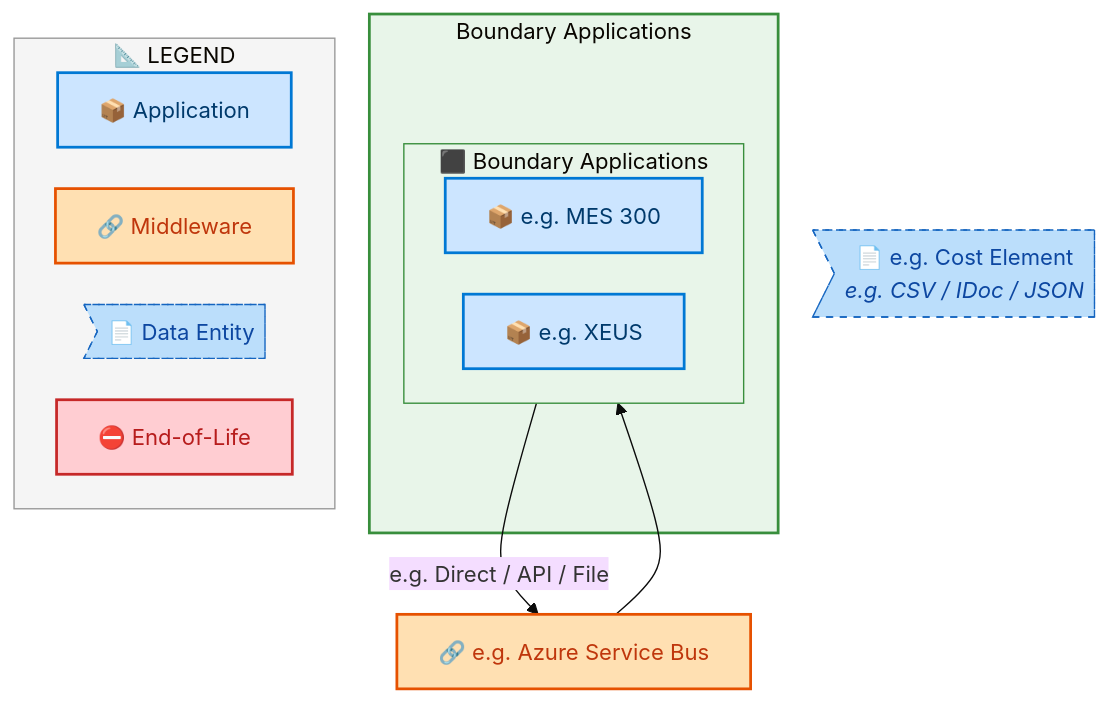
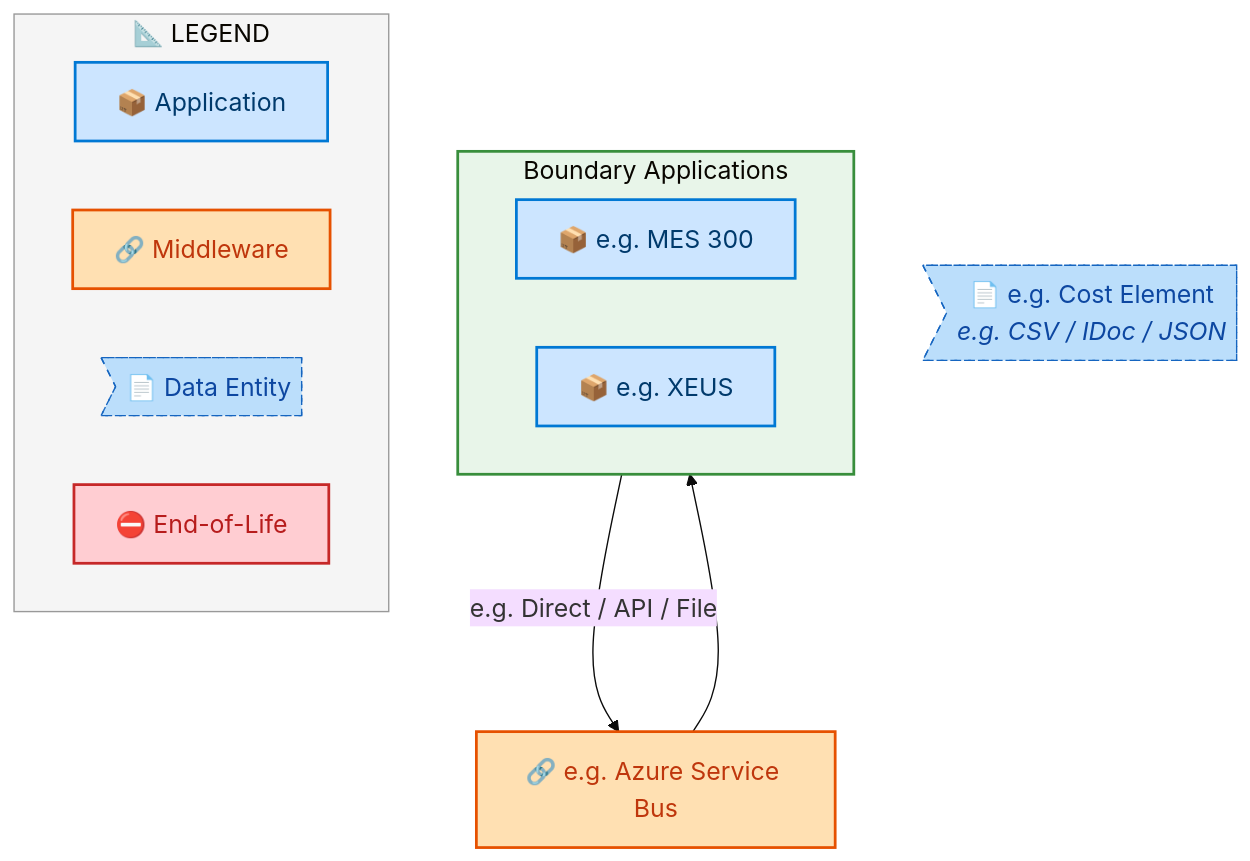
The fourth of 7 diagrams in towers/E2E/Procure to Pay/E2E-62/output/docs/systems-architecture/E2E-62-Architecture.md (sajivfrancis777/IAO-Architecture), drawn with Mermaid before and after one commit. The commit also changed other lines of this file and 251 other files, not shown here.

````diff
--- a/towers/E2E/Procure to Pay/E2E-62/output/docs/systems-architecture/E2E-62-Architecture.md
+++ b/towers/E2E/Procure to Pay/E2E-62/output/docs/systems-architecture/E2E-62-Architecture.md
@@ -388,40 +388,37 @@
 ```mermaid
-%%{init: {"theme": "base", "securityLevel": "loose", "themeVariables": {"fontSize": "16px", "fontFamily": "Segoe UI, Arial, sans-serif"}, "flowchart": {"useMaxWidth": false, "htmlLabels": true, "nodeSpacing": 30, "rankSpacing": 35}} }%%
+%%{init: {"theme": "base", "securityLevel": "loose", "themeVariables": {"fontSize": "18px", "fontFamily": "Segoe UI, Arial, sans-serif"}, "flowchart": {"useMaxWidth": false, "htmlLabels": true, "nodeSpacing": 50, "rankSpacing": 60}} }%%
 flowchart TB
     %% -- ArchiMate 3.2 + Azure style classes --
     classDef business      fill:#FFFFB3,stroke:#F9A825,stroke-width:2px,color:#000
     classDef app           fill:#CCE5FF,stroke:#0078D4,stroke-width:2px,color:#003A6C
     classDef data          fill:#BBDEFB,stroke:#1565C0,stroke-width:1px,color:#0D47A1,stroke-dasharray: 5 5
     classDef middleware    fill:#FFE0B2,stroke:#E65100,stroke-width:2px,color:#BF360C
     classDef eol           fill:#FFCDD2,stroke:#C62828,stroke-width:2px,color:#B71C1C
     classDef saas          fill:#E1BEE7,stroke:#7B1FA2,stroke-width:2px,color:#4A148C
     classDef cloud         fill:#BBDEFB,stroke:#1565C0,stroke-width:2px,color:#0D47A1
     classDef onprem        fill:#C8E6C9,stroke:#2E7D32,stroke-width:2px,color:#1B5E20
 
-    subgraph E2E62CT_Boundary_Applications["Boundary Applications"]
-        subgraph E2E62CLN_Boundary_Applications[" ⬛ Boundary Applications"]
-            direction LR
-            E2E62C_e_g_MES_300["📦 e.g. MES 300"]:::app
-            E2E62C_e_g_XEUS["📦 e.g. XEUS"]:::app
-        end
+    subgraph E2E62CLN_Boundary_Applications[" Boundary Applications"]
+        direction LR
+        E2E62C_e_g_MES_300["📦 e.g. MES 300"]:::app
+        E2E62C_e_g_XEUS["📦 e.g. XEUS"]:::app
     end
 
     E2E62CMW_e_g_Azure_Service_Bus["🔗 e.g. Azure Service Bus"]:::middleware
     E2E62CDE_e_g_Cost_Element>"📄 e.g. Cost Element<br/><i>e.g. CSV / IDoc / JSON</i>"]:::data
 
     E2E62C_e_g_MES_300 -->|"e.g. Direct / API / File"| E2E62CMW_e_g_Azure_Service_Bus
     E2E62CMW_e_g_Azure_Service_Bus --> E2E62C_e_g_XEUS
 
 
-    style E2E62CT_Boundary_Applications fill:#E8F5E9,stroke:#388E3C,stroke-width:2px
-    style E2E62CLN_Boundary_Applications fill:#E8F5E9,stroke:#388E3C,stroke-width:1px
+    style E2E62CLN_Boundary_Applications fill:#E8F5E9,stroke:#388E3C,stroke-width:2px
 
     subgraph Legend["📐 LEGEND"]
         direction LR
         L_APP["📦 Application"]:::app
         L_MW["🔗 Middleware"]:::middleware
         L_DE>"📄 Data Entity"]:::data
         L_EOL["⛔ End-of-Life"]:::eol
     end
     style Legend fill:#F5F5F5,stroke:#999,stroke-width:1px
 ```
````
